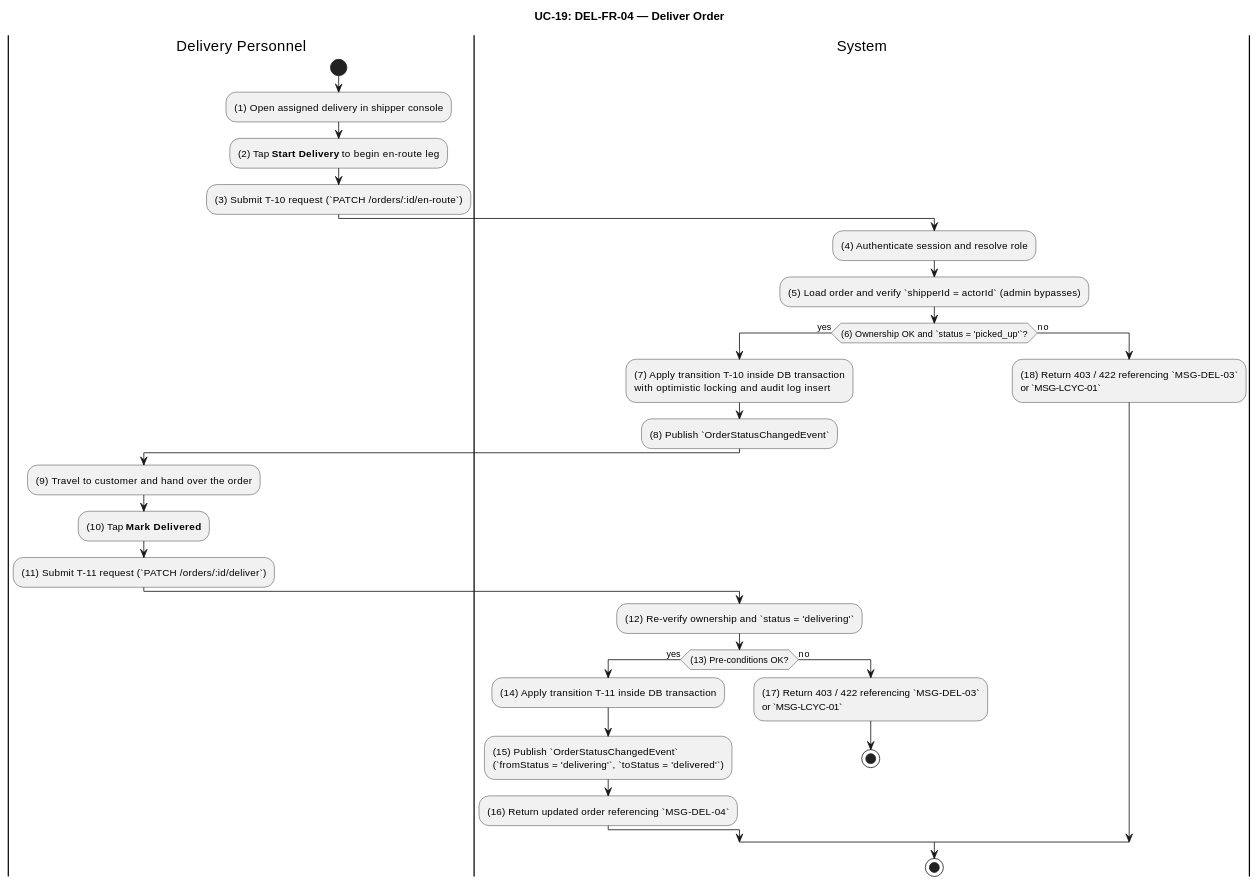
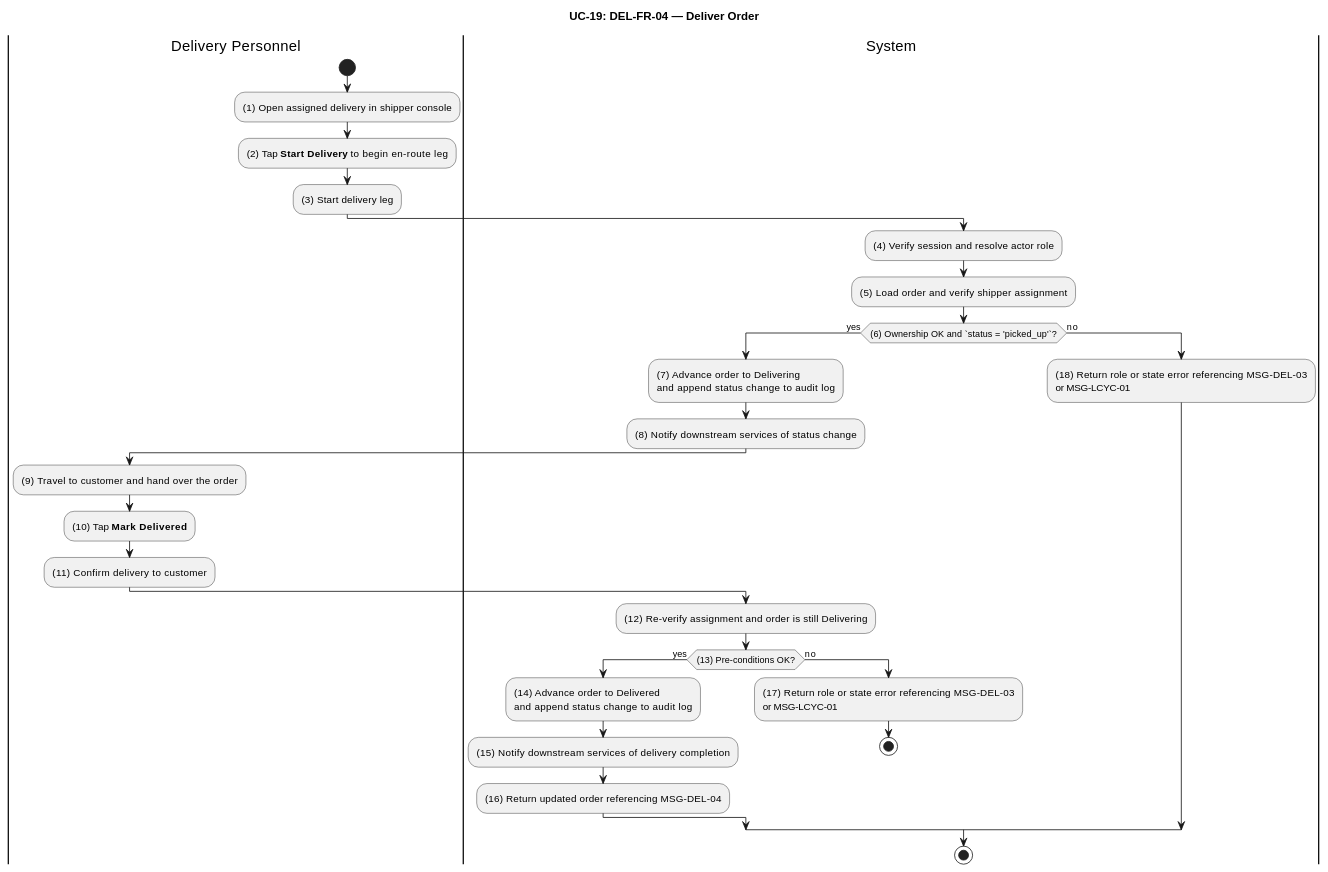
Before and after one commit to luubinhdeptrai/Food_Delivery: diagram 19 of 26 in apps/api/docs/Final_Documents/SRS_FoodDelivery.md, drawn with PlantUML. The commit also changed other lines of this file, not shown here.

````diff
--- a/apps/api/docs/Final_Documents/SRS_FoodDelivery.md
+++ b/apps/api/docs/Final_Documents/SRS_FoodDelivery.md
@@ -1348,39 +1368,39 @@
 ```plantuml
 @startuml UC19-DeliverOrder
 title UC-19: DEL-FR-04 — Deliver Order
 skinparam ConditionEndStyle hline
 
 |Delivery Personnel|
 start
 :(1) Open assigned delivery in shipper console;
 :(2) Tap **Start Delivery** to begin en-route leg;
-:(3) Submit T-10 request (`PATCH /orders/:id/en-route`);
+:(3) Start delivery leg;
 
 |System|
-:(4) Authenticate session and resolve role;
-:(5) Load order and verify `shipperId = actorId` (admin bypasses);
+:(4) Verify session and resolve actor role;
+:(5) Load order and verify shipper assignment;
 if ((6) Ownership OK and `status = 'picked_up'`?) then (yes)
-  :(7) Apply transition T-10 inside DB transaction\nwith optimistic locking and audit log insert;
-  :(8) Publish `OrderStatusChangedEvent`;
+  :(7) Advance order to Delivering\nand append status change to audit log;
+  :(8) Notify downstream services of status change;
 
   |Delivery Personnel|
   :(9) Travel to customer and hand over the order;
   :(10) Tap **Mark Delivered**;
-  :(11) Submit T-11 request (`PATCH /orders/:id/deliver`);
+  :(11) Confirm delivery to customer;
 
   |System|
-  :(12) Re-verify ownership and `status = 'delivering'`;
+  :(12) Re-verify assignment and order is still Delivering;
   if ((13) Pre-conditions OK?) then (yes)
-    :(14) Apply transition T-11 inside DB transaction;
-    :(15) Publish `OrderStatusChangedEvent`\n(`fromStatus = 'delivering'`, `toStatus = 'delivered'`);
-    :(16) Return updated order referencing `MSG-DEL-04`;
+    :(14) Advance order to Delivered\nand append status change to audit log;
+    :(15) Notify downstream services of delivery completion;
+    :(16) Return updated order referencing MSG-DEL-04;
   else (no)
-    :(17) Return 403 / 422 referencing `MSG-DEL-03`\nor `MSG-LCYC-01`;
+    :(17) Return role or state error referencing MSG-DEL-03\nor MSG-LCYC-01;
     stop
   endif
 else (no)
-  :(18) Return 403 / 422 referencing `MSG-DEL-03`\nor `MSG-LCYC-01`;
+  :(18) Return role or state error referencing MSG-DEL-03\nor MSG-LCYC-01;
 endif
 stop
 @enduml
 ```
````
